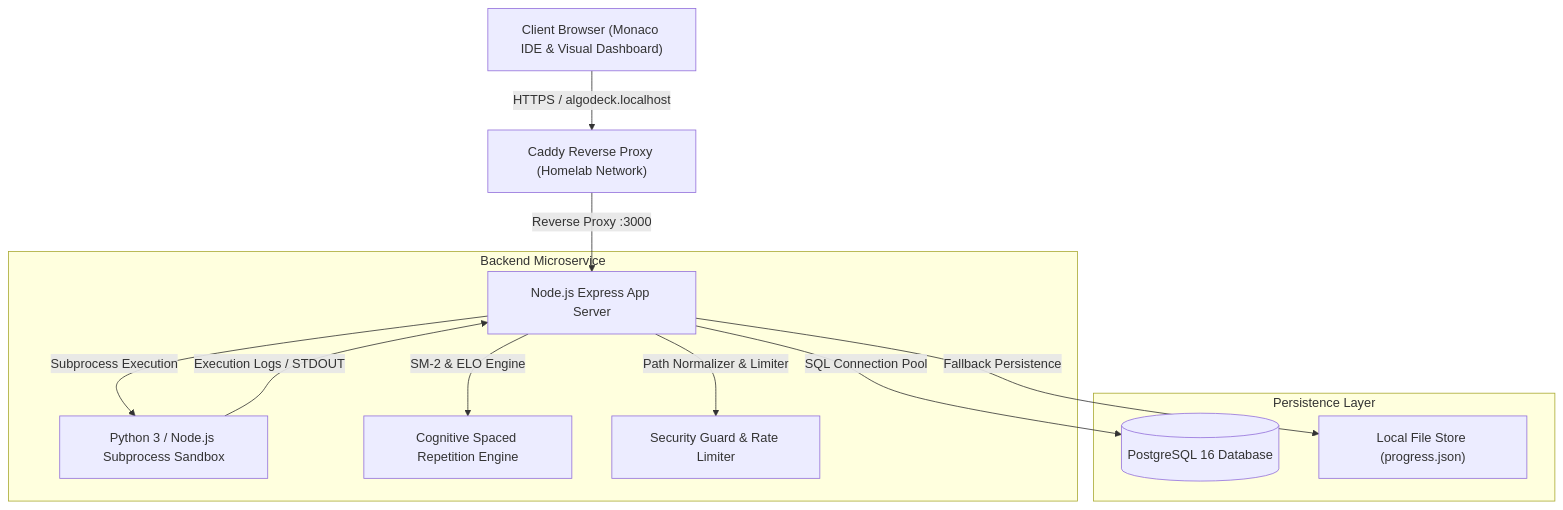
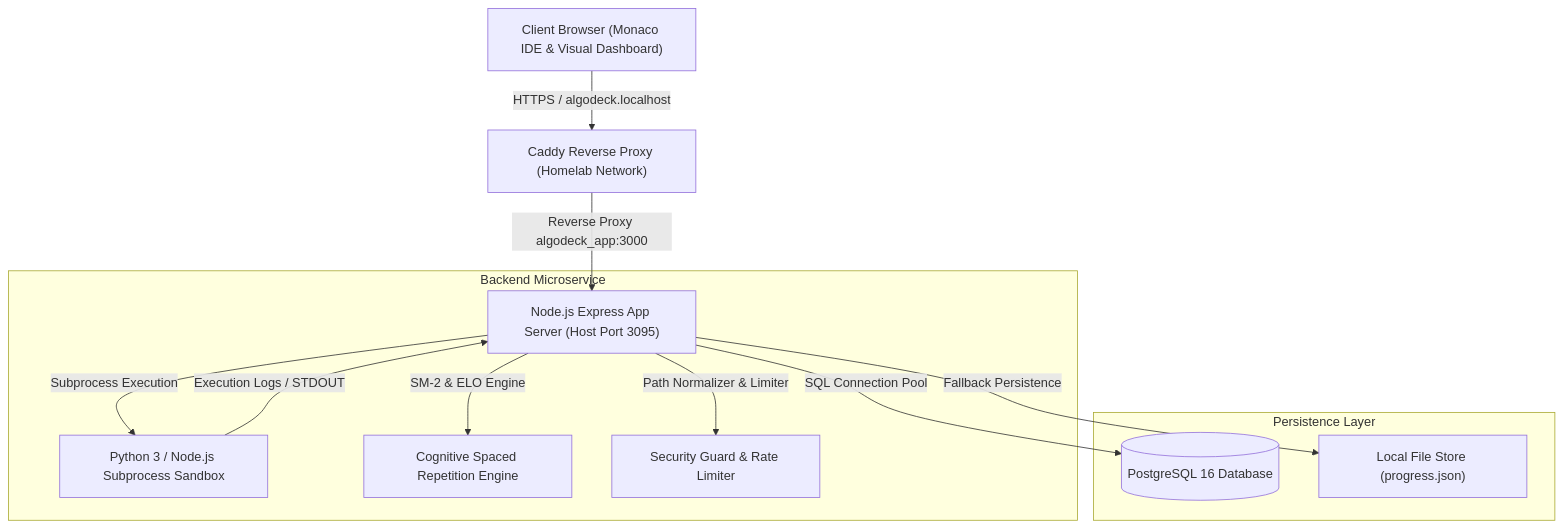
The diagram in docs/architecture.md (anmolsharma152/AlgoDeck), drawn with Mermaid before and after one commit.

Commit message:
docs(architecture): update Caddy proxy port and host port mapping details

````diff
--- a/docs/architecture.md
+++ b/docs/architecture.md
@@ -9,18 +9,18 @@
 ```mermaid
 graph TD
     User["Client Browser (Monaco IDE & Visual Dashboard)"] -->|HTTPS / algodeck.localhost| Caddy["Caddy Reverse Proxy (Homelab Network)"]
-    Caddy -->|Reverse Proxy :3000| Server["Node.js Express App Server"]
+    Caddy -->|Reverse Proxy algodeck_app:3000| Server["Node.js Express App Server (Host Port 3095)"]
     
     subgraph Backend Microservice
         Server -->|Subprocess Execution| Sandbox["Python 3 / Node.js Subprocess Sandbox"]
         Server -->|SM-2 & ELO Engine| Cognitive["Cognitive Spaced Repetition Engine"]
         Server -->|Path Normalizer & Limiter| Security["Security Guard & Rate Limiter"]
     end
     
     subgraph Persistence Layer
         Server -->|SQL Connection Pool| DB[("PostgreSQL 16 Database")]
         Server -->|Fallback Persistence| FileStore["Local File Store (progress.json)"]
     end
 
     Sandbox -->|Execution Logs / STDOUT| Server
 ```
````
